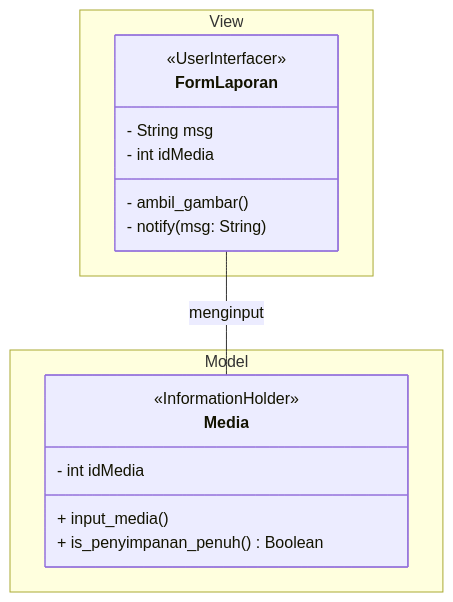
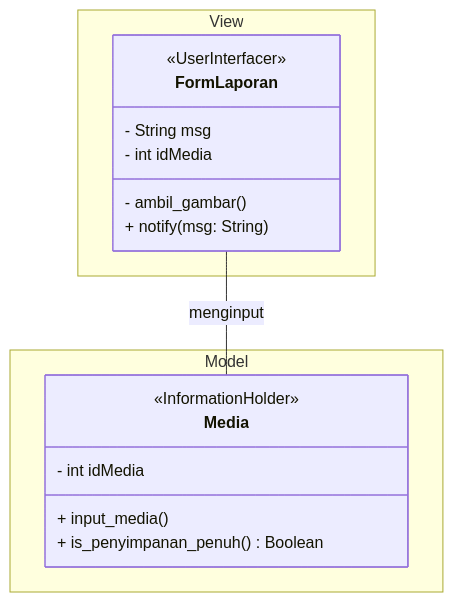
One commit to star-scripter/IF2150-RPL-K03-G02 changed the ninth of 29 diagrams in docs/M8/K03_G02_DPPL2.md. Above: the diagram before and after it, drawn with Mermaid. The commit also changed other lines of this file, not shown here.

````diff
--- a/docs/M8/K03_G02_DPPL2.md
+++ b/docs/M8/K03_G02_DPPL2.md
@@ -532,21 +533,21 @@
 ```mermaid
 classDiagram
     namespace View {
         class FormLaporan {
             <<UserInterfacer>>
             - String msg
             - int idMedia
             - ambil_gambar()
-            - notify(msg: String)
+            + notify(msg: String)
         }
     }
     namespace Model {
         class Media {
             <<InformationHolder>>
             - int idMedia
             + input_media()
             + is_penyimpanan_penuh() Boolean
         }
     }
     FormLaporan -- Media: menginput
 ```
````
